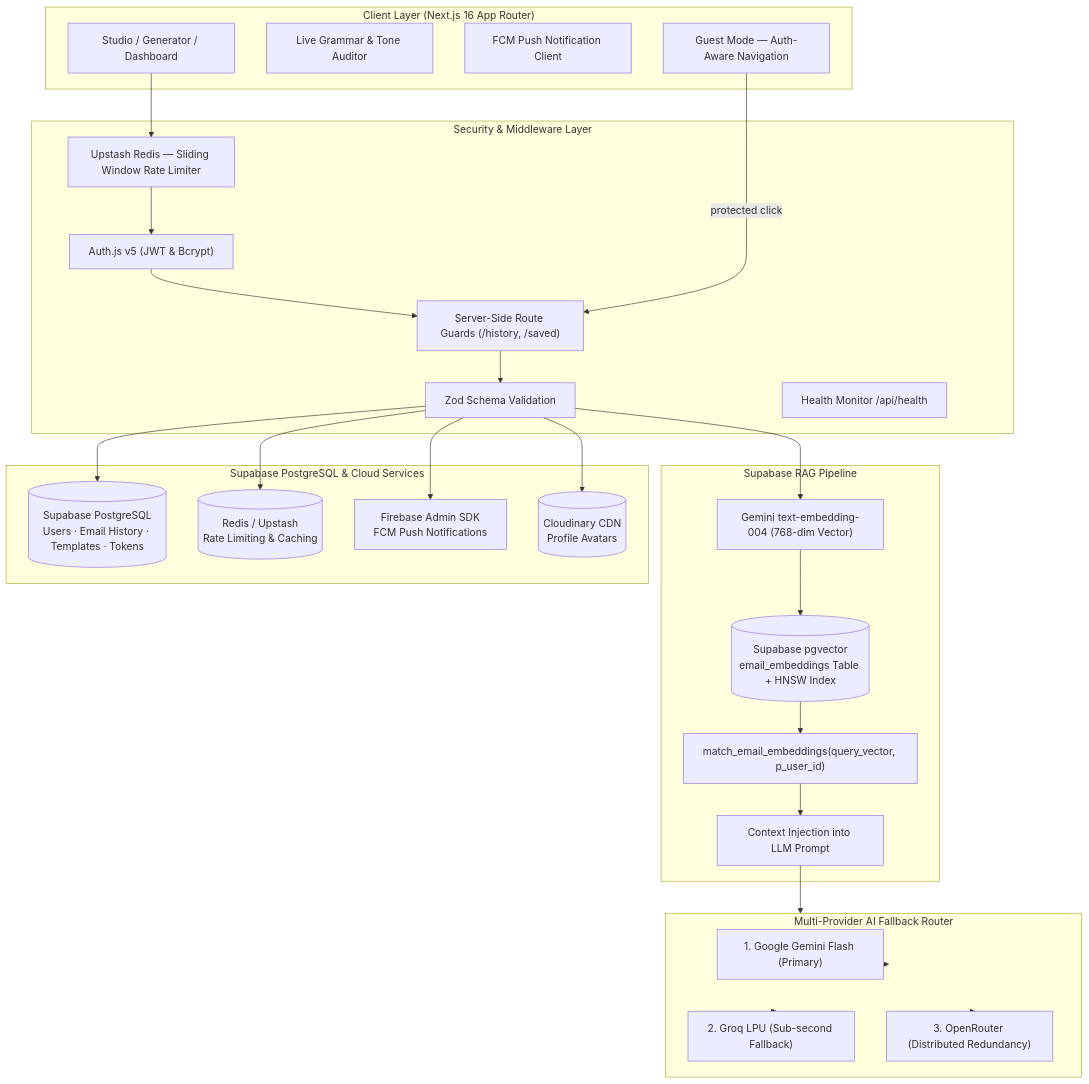
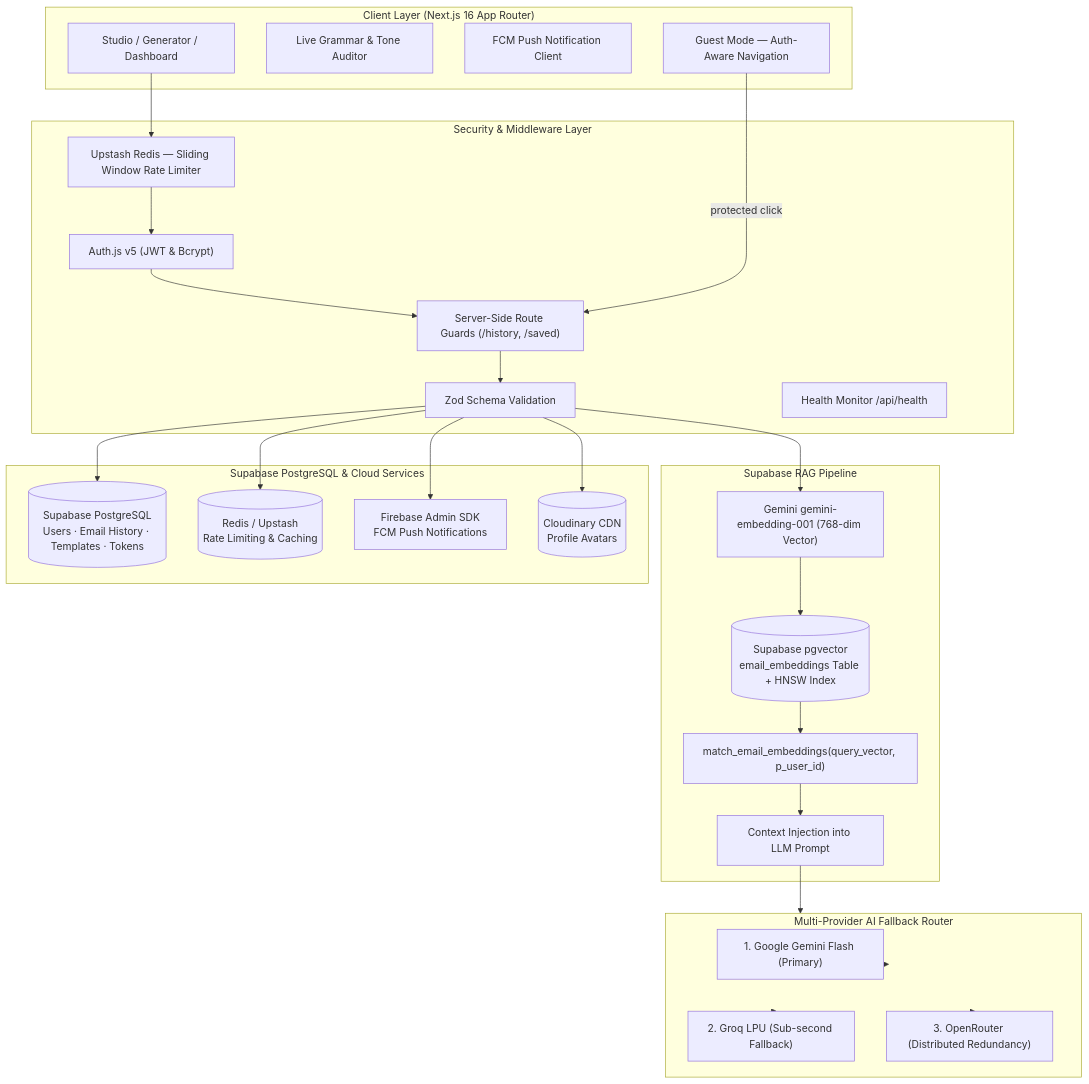
One commit to Aman5ingh19/MailGenius---AI-Email-Assistant changed the diagram in README.md. Above: the diagram before and after it, drawn with Mermaid. The commit also changed other lines of this file and 2 other files, not shown here.

Commit message:
docs: update embedding model references to gemini-embedding-001 in README and schema comments

````diff
--- a/README.md
+++ b/README.md
@@ -104,49 +104,49 @@
 ```mermaid
 flowchart TD
     subgraph Client ["Client Layer (Next.js 16 App Router)"]
         UI["Studio / Generator / Dashboard"]
         Audit["Live Grammar & Tone Auditor"]
         FCM_UI["FCM Push Notification Client"]
         GuestUI["Guest Mode — Auth-Aware Navigation"]
     end
 
     subgraph Security ["Security & Middleware Layer"]
         RL["Upstash Redis — Sliding Window Rate Limiter"]
         Auth["Auth.js v5 (JWT & Bcrypt)"]
         Val["Zod Schema Validation"]
         RouteGuard["Server-Side Route Guards (/history, /saved)"]
         Obs["Health Monitor /api/health"]
     end
 
     subgraph RAG_Engine ["Supabase RAG Pipeline"]
-        Embed["Gemini text-embedding-004 (768-dim Vector)"]
+        Embed["Gemini gemini-embedding-001 (768-dim Vector)"]
         pgvector[("Supabase pgvector\nemail_embeddings Table + HNSW Index")]
         RPC["match_email_embeddings(query_vector, p_user_id)"]
         ContextInject["Context Injection into LLM Prompt"]
     end
 
     subgraph Router ["Multi-Provider AI Fallback Router"]
         Gemini["1. Google Gemini Flash (Primary)"]
         Groq["2. Groq LPU (Sub-second Fallback)"]
         OpenRouter["3. OpenRouter (Distributed Redundancy)"]
     end
 
     subgraph Storage ["Supabase PostgreSQL & Cloud Services"]
         SupabaseDB[("Supabase PostgreSQL\nUsers · Email History · Templates · Tokens")]
         RedisServ[("Redis / Upstash\nRate Limiting & Caching")]
         FirebaseAdmin["Firebase Admin SDK\nFCM Push Notifications"]
         Cloudinary[("Cloudinary CDN\nProfile Avatars")]
     end
 
     UI --> RL --> Auth --> RouteGuard --> Val
     GuestUI -- "protected click" --> RouteGuard
     Val --> Embed --> pgvector --> RPC --> ContextInject
     ContextInject --> Router
     Router --> Gemini
     Router -.-> Groq
     Router -.-> OpenRouter
     Val --> SupabaseDB
     Val --> RedisServ
     Val --> FirebaseAdmin
     Val --> Cloudinary
 ```
````
